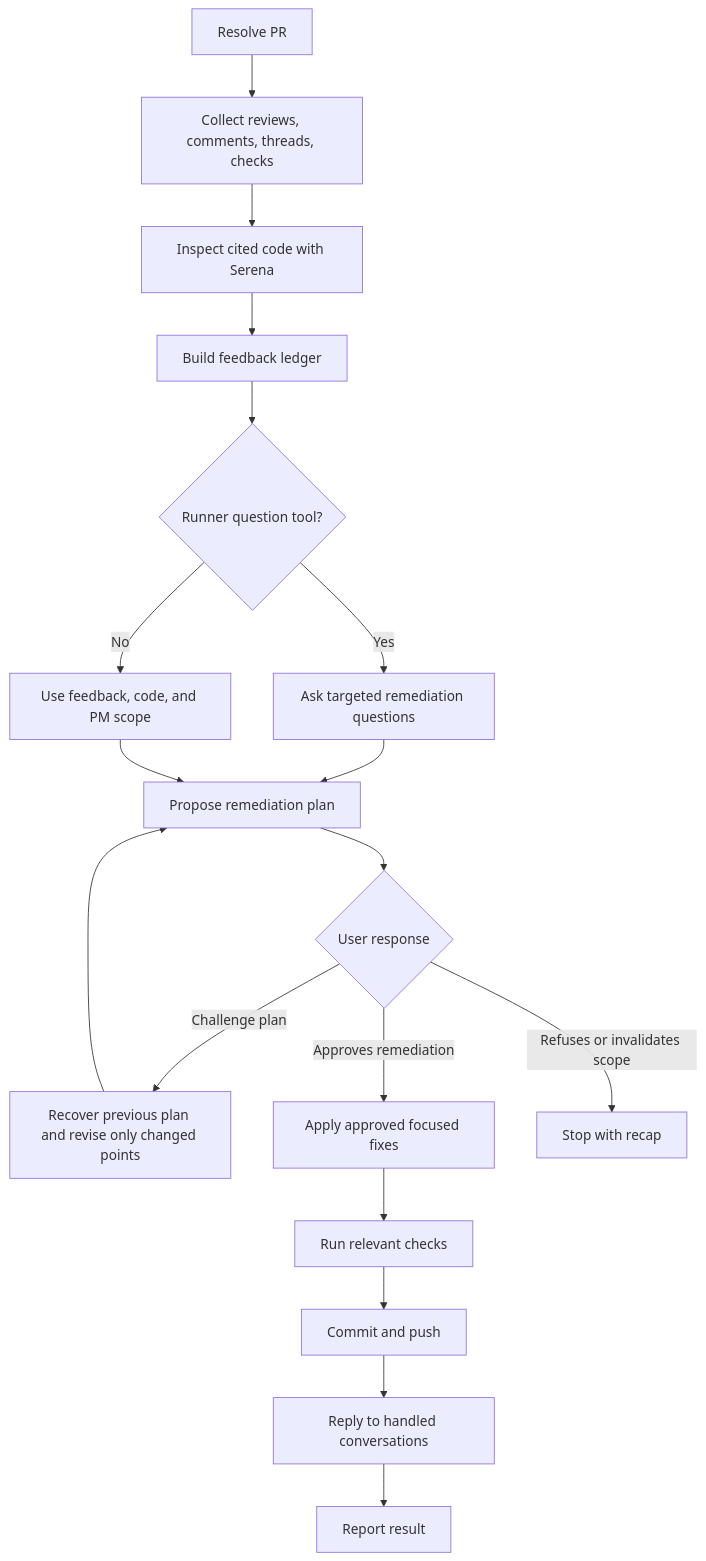
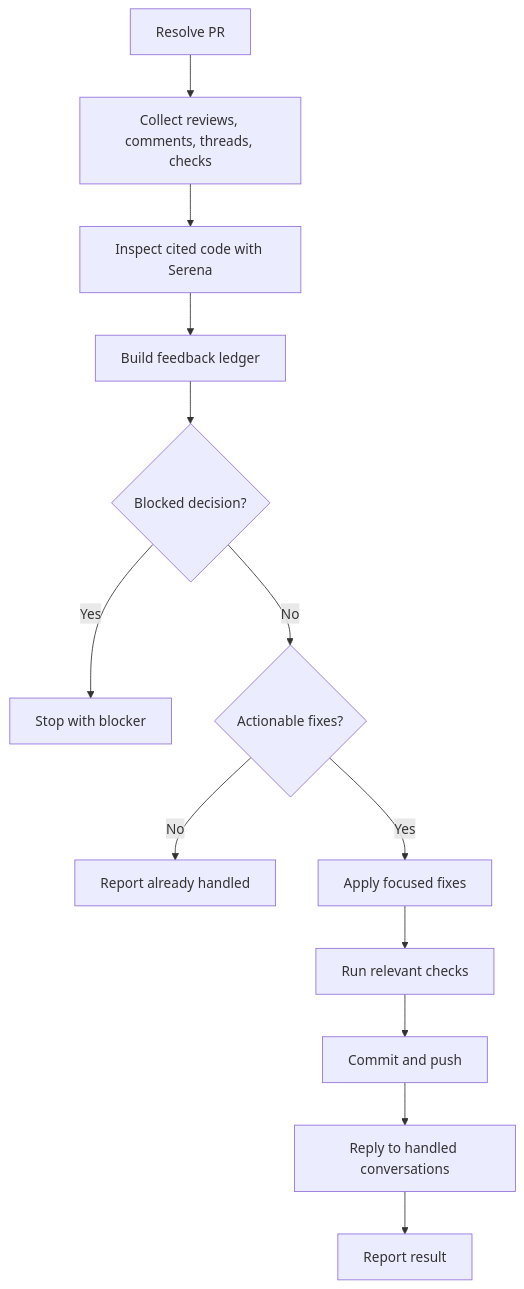
Before and after one commit to mvagnon/plan-based-agentic-workflow: the diagram in skills/fix-pr/SKILL.md, drawn with Mermaid. The commit also changed other lines of this file and 9 other files, not shown here.

````diff
--- a/skills/fix-pr/SKILL.md
+++ b/skills/fix-pr/SKILL.md
@@ -20,20 +18,15 @@
 ```mermaid
 flowchart TD
   A[Resolve PR] --> B[Collect reviews, comments, threads, checks]
   B --> C[Inspect cited code with Serena]
   C --> D[Build feedback ledger]
-  D --> E{Runner question tool?}
-  E -->|Yes| F[Ask targeted remediation questions]
-  E -->|No| G[Use feedback, code, and PM scope]
-  F --> H[Propose remediation plan]
-  G --> H
-  H --> I{User response}
-  I -->|Challenge plan| J[Recover previous plan and revise only changed points]
-  J --> H
-  I -->|Approves remediation| K[Apply approved focused fixes]
-  I -->|Refuses or invalidates scope| L[Stop with recap]
-  K --> M[Run relevant checks]
-  M --> N[Commit and push]
-  N --> O[Reply to handled conversations]
-  O --> P[Report result]
+  D --> E{Blocked decision?}
+  E -->|Yes| F[Stop with blocker]
+  E -->|No| G{Actionable fixes?}
+  G -->|No| H[Report already handled]
+  G -->|Yes| I[Apply focused fixes]
+  I --> J[Run relevant checks]
+  J --> K[Commit and push]
+  K --> L[Reply to handled conversations]
+  L --> M[Report result]
 ```
````
